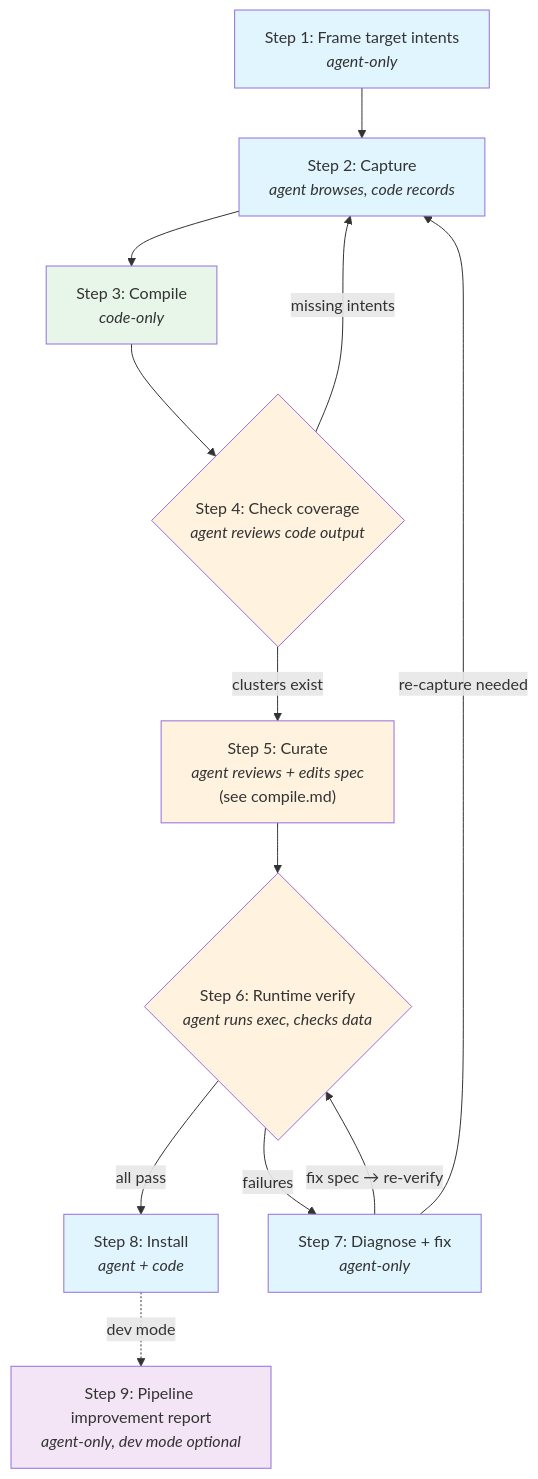
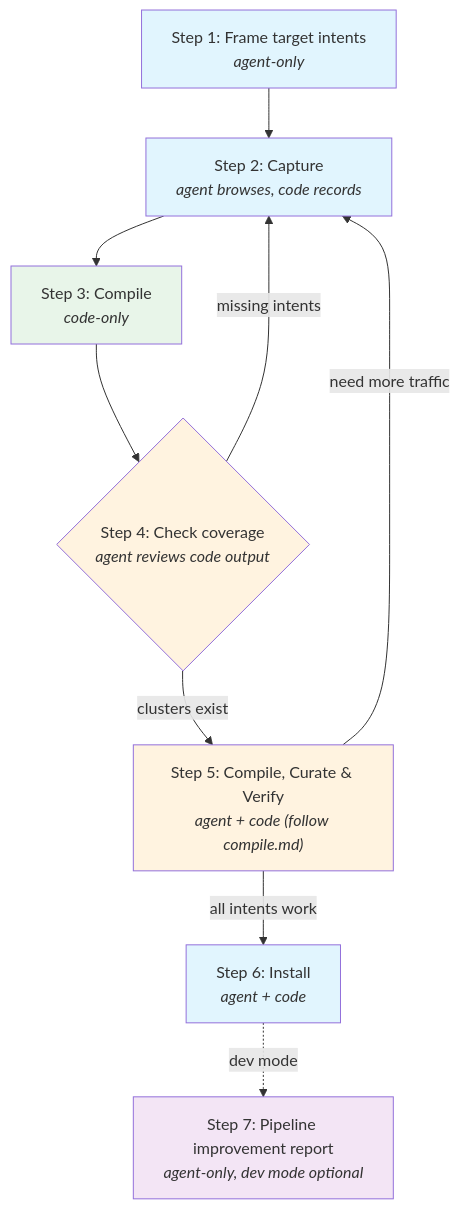
Before and after one commit to openweb-org/openweb: the diagram in skill/openweb/references/discover.md, drawn with Mermaid. The commit also changed other lines of this file and 1 other file, not shown here.

First line of the commit message:
docs: discover Step 5 delegates to compile.md, clear exit criterion

````diff
--- a/skill/openweb/references/discover.md
+++ b/skill/openweb/references/discover.md
@@ -72,34 +72,27 @@
 ```mermaid
 flowchart TD
     S1["Step 1: Frame target intents<br/><i>agent-only</i>"]
     S2["Step 2: Capture<br/><i>agent browses, code records</i>"]
     S3["Step 3: Compile<br/><i>code-only</i>"]
     S4{"Step 4: Check coverage<br/><i>agent reviews code output</i>"}
-    S5["Step 5: Curate<br/><i>agent reviews + edits spec</i><br/>(see compile.md)"]
-    S6{"Step 6: Runtime verify<br/><i>agent runs exec, checks data</i>"}
-    S7["Step 7: Diagnose + fix<br/><i>agent-only</i>"]
-    S8["Step 8: Install<br/><i>agent + code</i>"]
-    S9["Step 9: Pipeline improvement report<br/><i>agent-only, dev mode optional</i>"]
+    S5["Step 5: Compile, Curate & Verify<br/><i>agent + code (follow compile.md)</i>"]
+    S6["Step 6: Install<br/><i>agent + code</i>"]
+    S7["Step 7: Pipeline improvement report<br/><i>agent-only, dev mode optional</i>"]
 
     S1 --> S2
     S2 --> S3
     S3 --> S4
     S4 -->|"missing intents"| S2
     S4 -->|"clusters exist"| S5
-    S5 --> S6
-    S6 -->|"all pass"| S8
-    S6 -->|"failures"| S7
-    S7 -->|"fix spec → re-verify"| S6
-    S7 -->|"re-capture needed"| S2
-    S8 -.->|"dev mode"| S9
+    S5 -->|"all intents work"| S6
+    S5 -->|"need more traffic"| S2
+    S6 -.->|"dev mode"| S7
 
     style S1 fill:#e1f5fe
     style S2 fill:#e1f5fe
     style S3 fill:#e8f5e9
     style S4 fill:#fff3e0
     style S5 fill:#fff3e0
-    style S6 fill:#fff3e0
-    style S7 fill:#e1f5fe
-    style S8 fill:#e1f5fe
-    style S9 fill:#f3e5f5
+    style S6 fill:#e1f5fe
+    style S7 fill:#f3e5f5
 ```
````
